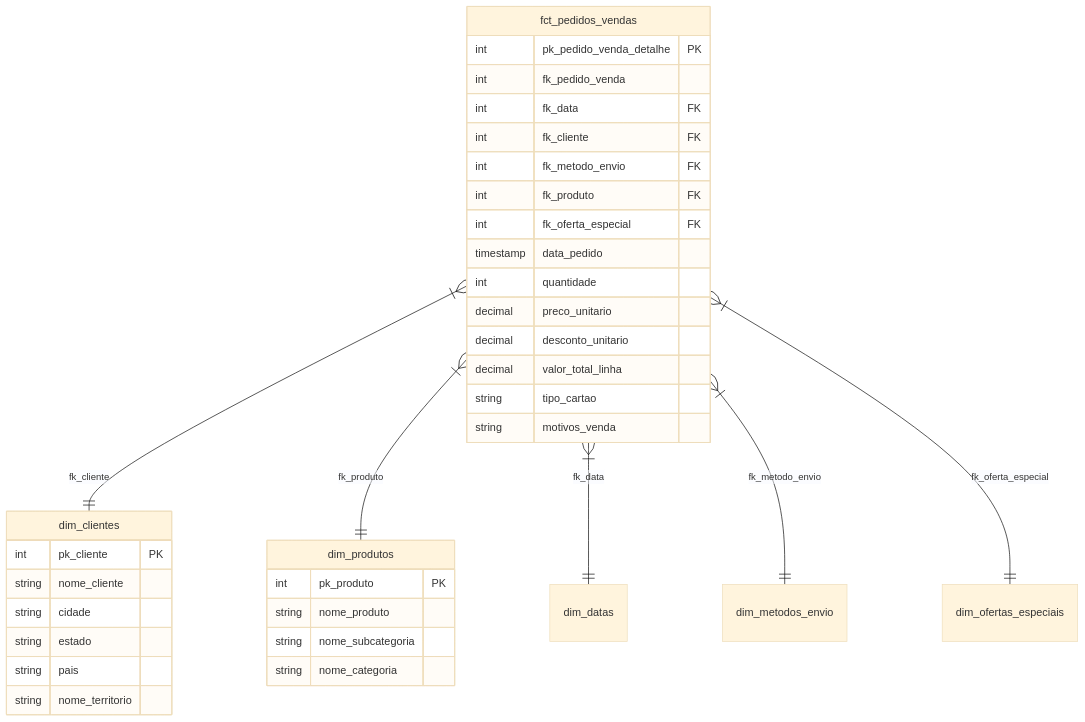
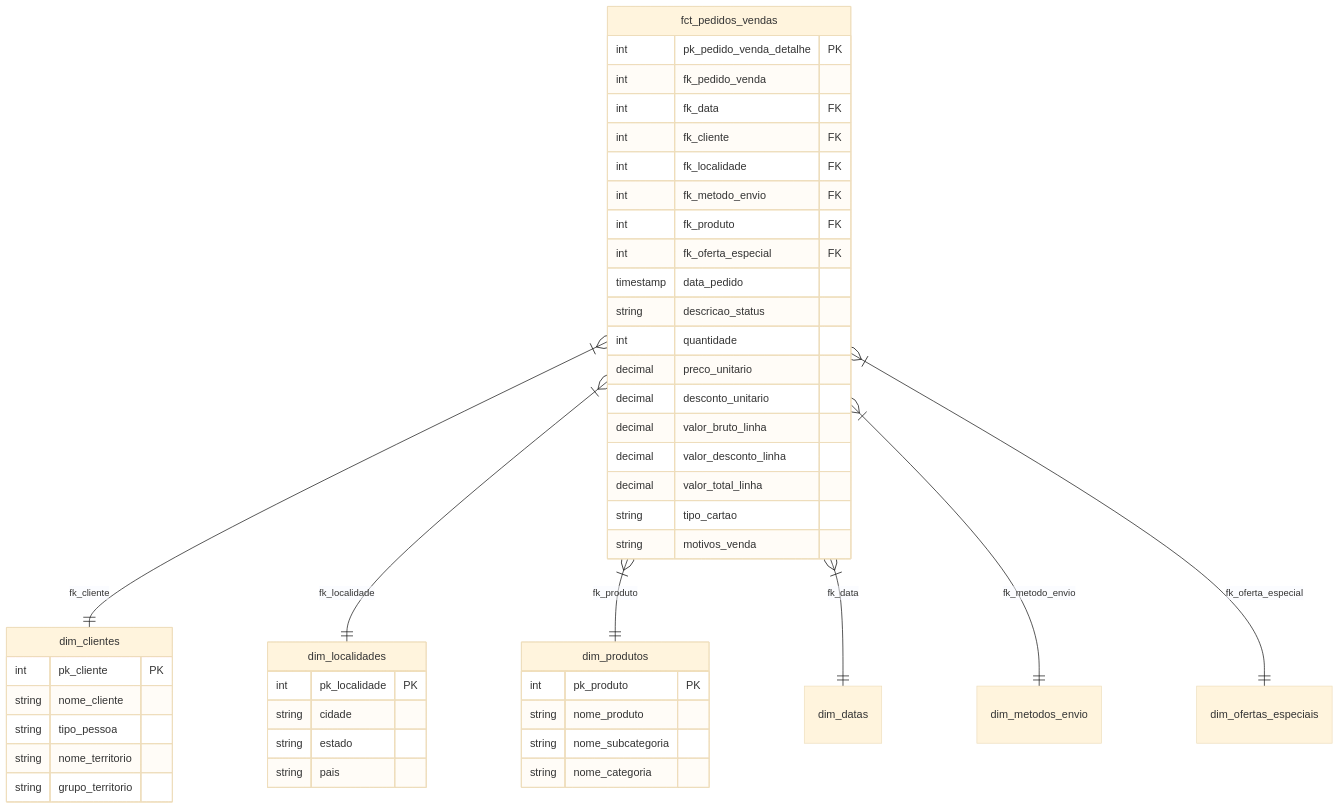
One commit to yuribschneiderr/cea-aw changed the diagram in README.md. Above: the diagram before and after it, drawn with Mermaid (base theme). The commit also changed other lines of this file and 11 other files, not shown here.

Commit message:
feat: adiciona dim_localidades, corrige auditoria de 2011 e refaz dashboard com filtros

````diff
--- a/README.md
+++ b/README.md
@@ -33,41 +34,52 @@
 ```mermaid
 erDiagram
     fct_pedidos_vendas }|--|| dim_clientes : "fk_cliente"
+    fct_pedidos_vendas }|--|| dim_localidades : "fk_localidade"
     fct_pedidos_vendas }|--|| dim_produtos : "fk_produto"
     fct_pedidos_vendas }|--|| dim_datas : "fk_data"
     fct_pedidos_vendas }|--|| dim_metodos_envio : "fk_metodo_envio"
     fct_pedidos_vendas }|--|| dim_ofertas_especiais : "fk_oferta_especial"
 
     fct_pedidos_vendas {
         int pk_pedido_venda_detalhe PK
         int fk_pedido_venda
         int fk_data FK
         int fk_cliente FK
+        int fk_localidade FK
         int fk_metodo_envio FK
         int fk_produto FK
         int fk_oferta_especial FK
         timestamp data_pedido
+        string descricao_status
         int quantidade
         decimal preco_unitario
         decimal desconto_unitario
+        decimal valor_bruto_linha
+        decimal valor_desconto_linha
         decimal valor_total_linha
         string tipo_cartao
         string motivos_venda
     }
 
     dim_clientes {
         int pk_cliente PK
         string nome_cliente
+        string tipo_pessoa
+        string nome_territorio
+        string grupo_territorio
+    }
+
+    dim_localidades {
+        int pk_localidade PK
         string cidade
         string estado
         string pais
-        string nome_territorio
     }
 
     dim_produtos {
         int pk_produto PK
         string nome_produto
         string nome_subcategoria
         string nome_categoria
     }
 ```
````
